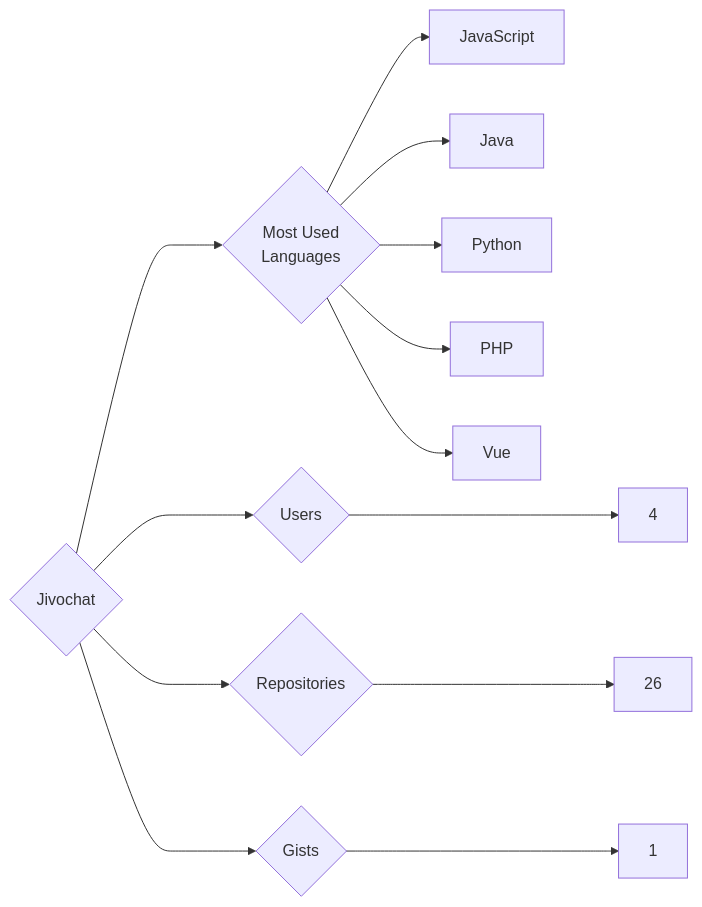
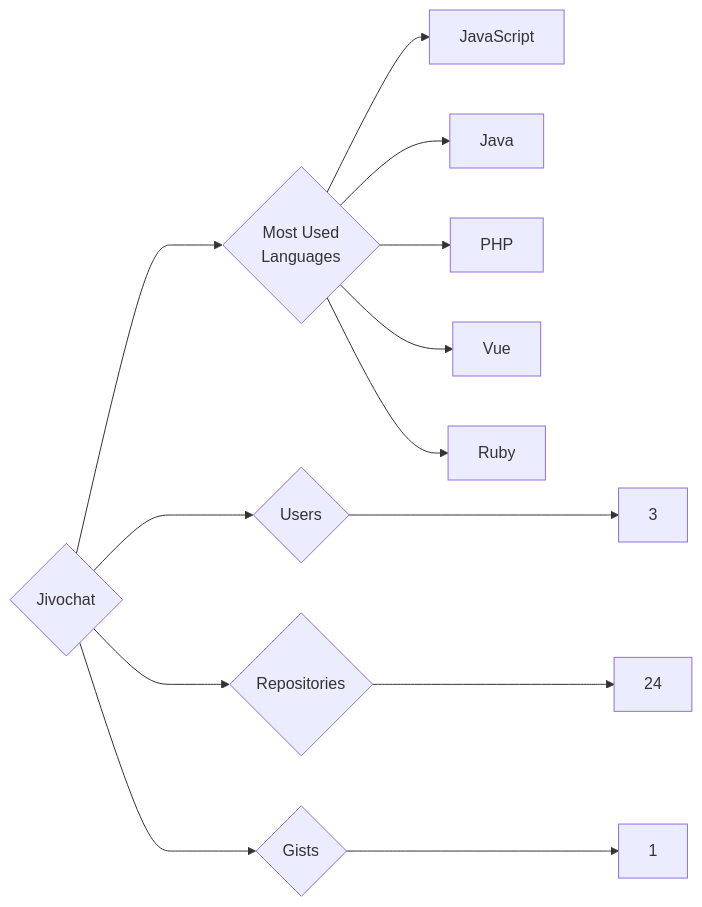
Before and after one commit to trickest/insiders: the diagram in targets/Jivochat/README.md, drawn with Mermaid. The commit also changed 930 other files, not shown here.

````diff
--- a/targets/Jivochat/README.md
+++ b/targets/Jivochat/README.md
@@ -3,13 +3,13 @@
 ```mermaid
 graph LR
 COMPANY_NAME{Jivochat}
-COMPANY_NAME ---> U{Users} ---> UN[4]
-COMPANY_NAME ---> R{Repositories} ---> RN[26]
+COMPANY_NAME ---> U{Users} ---> UN[3]
+COMPANY_NAME ---> R{Repositories} ---> RN[24]
 COMPANY_NAME ---> G{Gists} ---> GN[1]
 COMPANY_NAME ---> ML{Most Used<br>Languages}
 ML --> JavaScript[JavaScript]
 ML --> Java[Java]
-ML --> Python[Python]
 ML --> PHP[PHP]
 ML --> Vue[Vue]
+ML --> Ruby[Ruby]
 ```
````
